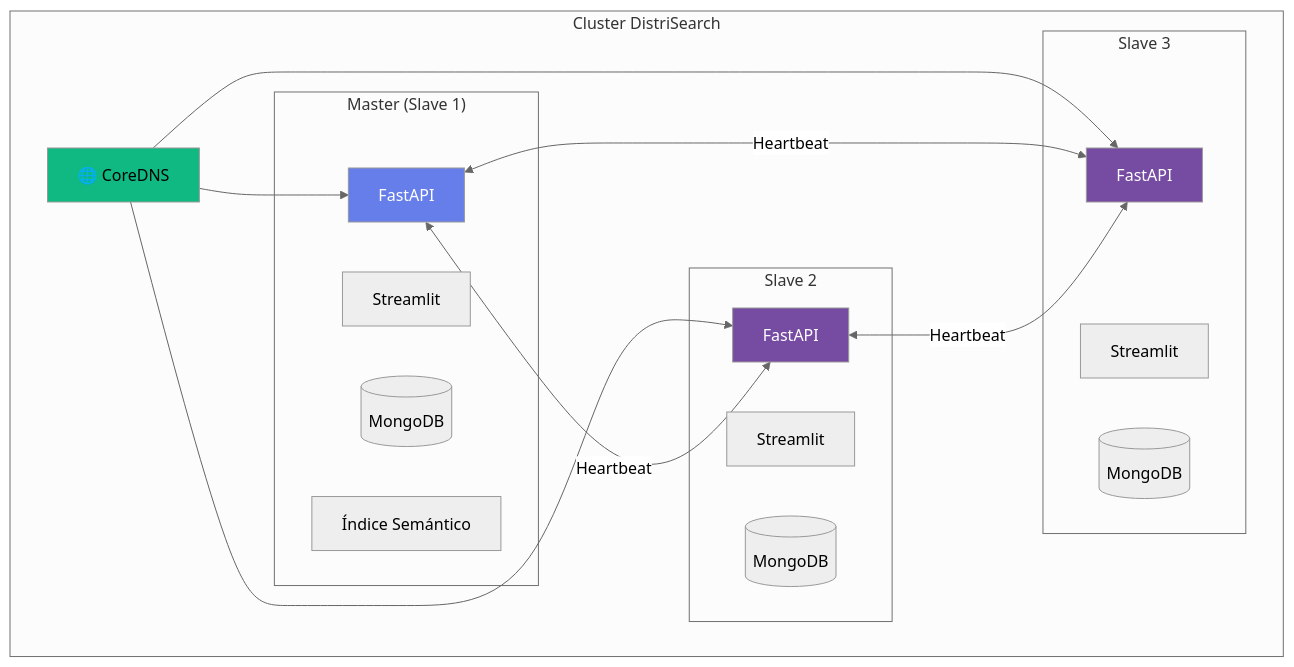
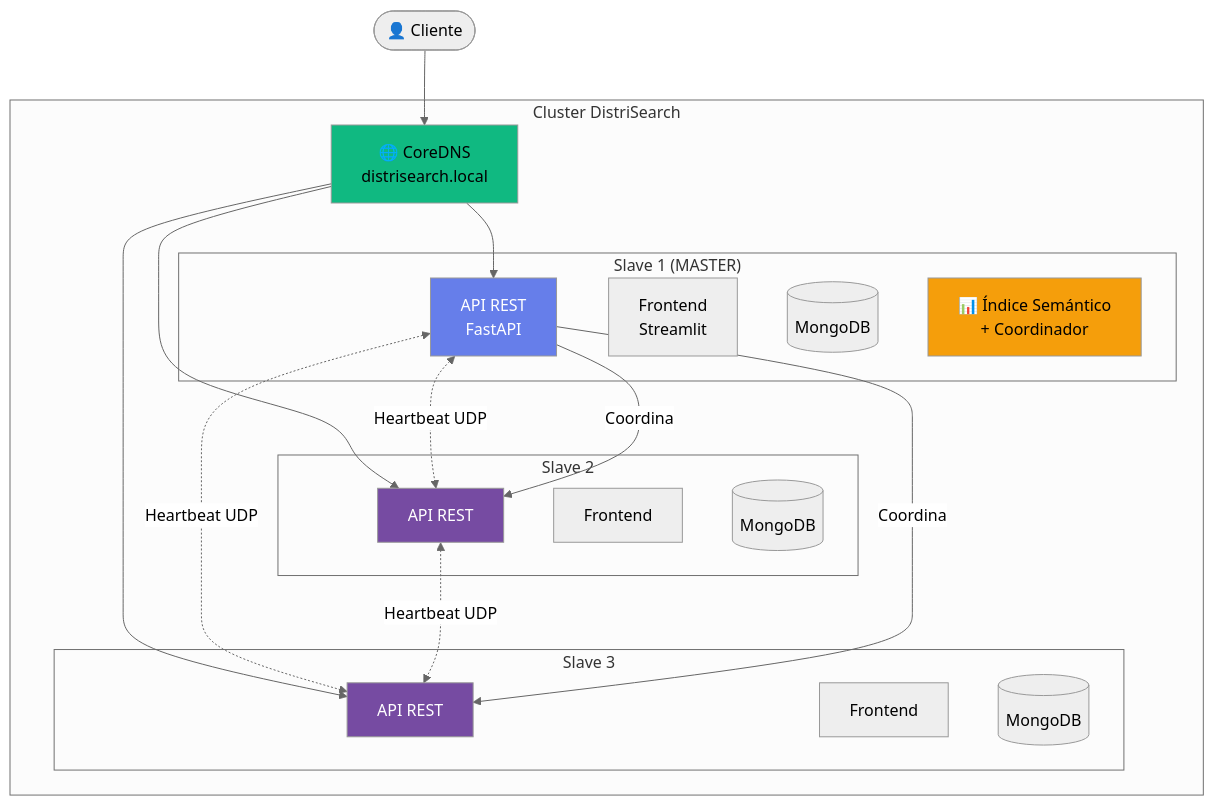
Before and after one commit to Pol4720/DistriSearch: the first of 5 diagrams in docs/introduccion.md, drawn with Mermaid (neutral theme). The commit also changed other lines of this file and 132 other files, not shown here.

````diff
--- a/docs/introduccion.md
+++ b/docs/introduccion.md
@@ -31,38 +69,43 @@
 ```mermaid
 graph TB
     subgraph "Cluster DistriSearch"
-        DNS[🌐 CoreDNS]
+        DNS[🌐 CoreDNS<br/>distrisearch.local]
         
-        subgraph "Master (Slave 1)"
-            M_API[FastAPI]
-            M_UI[Streamlit]
+        subgraph "Slave 1 (MASTER)"
+            M_API[API REST<br/>FastAPI]
+            M_UI[Frontend<br/>Streamlit]
             M_DB[(MongoDB)]
-            M_IDX[Índice Semántico]
+            M_IDX[📊 Índice Semántico<br/>+ Coordinador]
         end
         
         subgraph "Slave 2"
-            S2_API[FastAPI]
-            S2_UI[Streamlit]
+            S2_API[API REST]
+            S2_UI[Frontend]
             S2_DB[(MongoDB)]
         end
         
         subgraph "Slave 3"
-            S3_API[FastAPI]
-            S3_UI[Streamlit]
+            S3_API[API REST]
+            S3_UI[Frontend]
             S3_DB[(MongoDB)]
         end
     end
     
+    Cliente([👤 Cliente]) --> DNS
     DNS --> M_API
     DNS --> S2_API
     DNS --> S3_API
     
-    M_API <-->|Heartbeat| S2_API
-    M_API <-->|Heartbeat| S3_API
-    S2_API <-->|Heartbeat| S3_API
+    M_API <-.->|Heartbeat UDP| S2_API
+    M_API <-.->|Heartbeat UDP| S3_API
+    S2_API <-.->|Heartbeat UDP| S3_API
+    
+    M_API -->|Coordina| S2_API
+    M_API -->|Coordina| S3_API
     
     style DNS fill:#10b981
     style M_API fill:#667eea,color:#fff
+    style M_IDX fill:#f59e0b,color:#000
     style S2_API fill:#764ba2,color:#fff
     style S3_API fill:#764ba2,color:#fff
 ```
````
